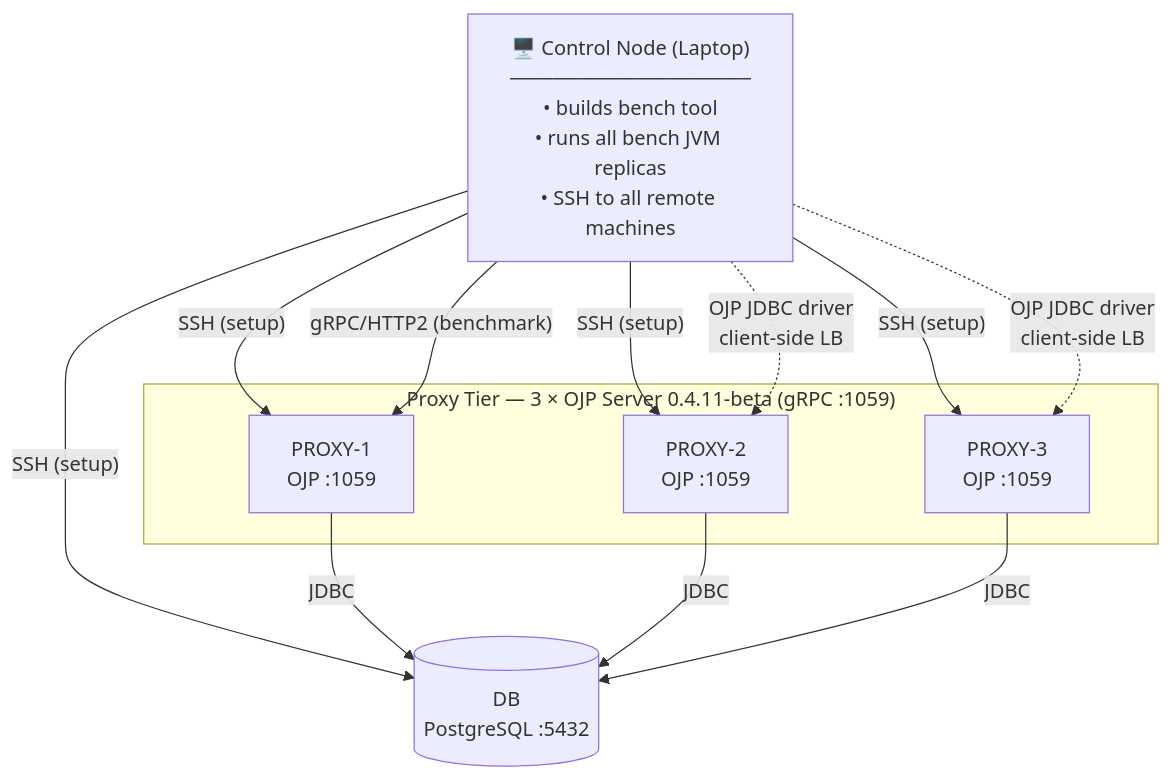
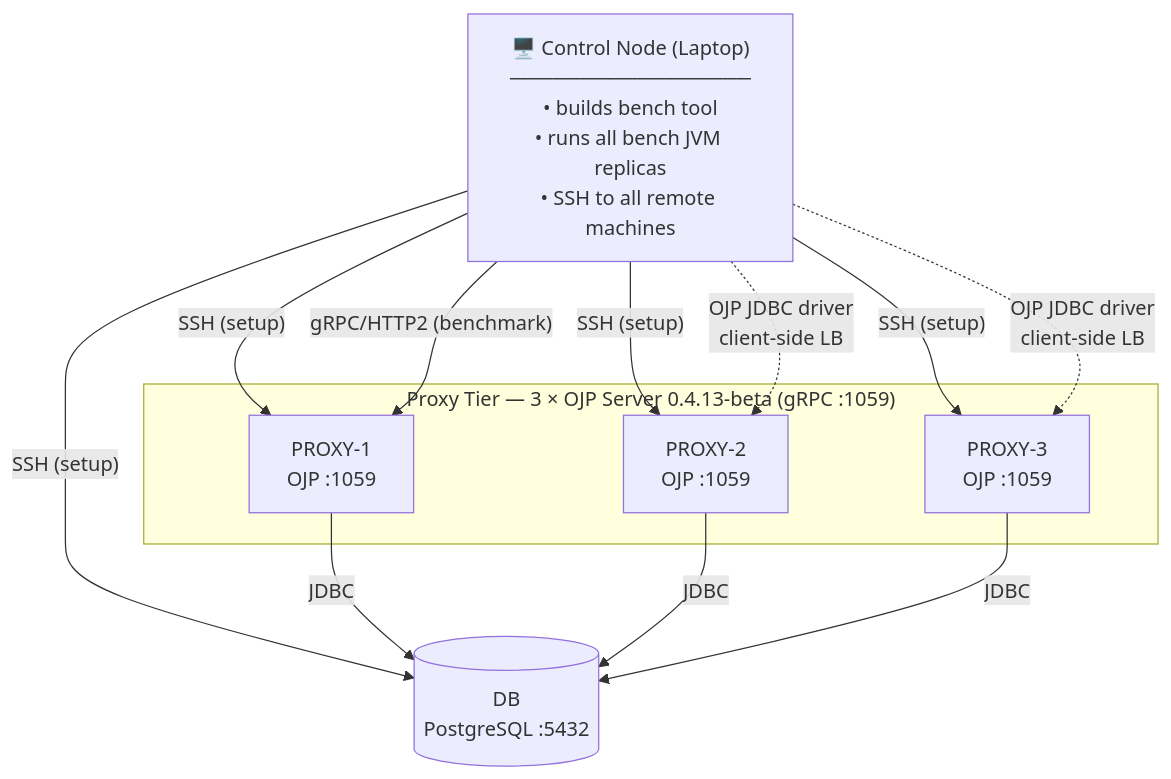
The diagram in docs/DEPLOYMENT_GUIDE.md (rrobetti/stressar), drawn with Mermaid before and after one commit. The commit also changed other lines of this file and 6 other files, not shown here.

First line of the commit message:
Upgrade OJP references to 0.4.13-beta

````diff
--- a/docs/DEPLOYMENT_GUIDE.md
+++ b/docs/DEPLOYMENT_GUIDE.md
@@ -37,25 +37,25 @@
 ```mermaid
 graph TD
     CTRL["🖥️ Control Node (Laptop)\n─────────────────\n• builds bench tool\n• runs all bench JVM replicas\n• SSH to all remote machines"]
 
-    subgraph PROXY_TIER ["Proxy Tier — 3 × OJP Server 0.4.11-beta (gRPC :1059)"]
+    subgraph PROXY_TIER ["Proxy Tier — 3 × OJP Server 0.4.13-beta (gRPC :1059)"]
         P1["PROXY-1\nOJP :1059"]
         P2["PROXY-2\nOJP :1059"]
         P3["PROXY-3\nOJP :1059"]
     end
 
     DB[("DB\nPostgreSQL :5432")]
 
     CTRL -- "SSH (setup)" --> P1
     CTRL -- "SSH (setup)" --> P2
     CTRL -- "SSH (setup)" --> P3
     CTRL -- "SSH (setup)" --> DB
 
     CTRL -- "gRPC/HTTP2 (benchmark)" --> P1
     CTRL -. "OJP JDBC driver\nclient-side LB" .-> P2
     CTRL -. "OJP JDBC driver\nclient-side LB" .-> P3
 
     P1 -- "JDBC" --> DB
     P2 -- "JDBC" --> DB
     P3 -- "JDBC" --> DB
 ```
````
